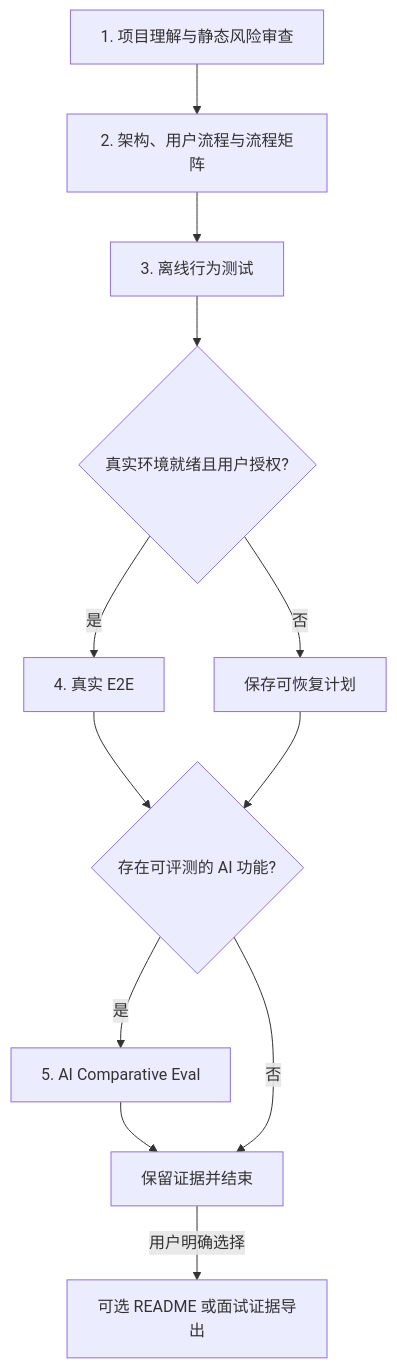
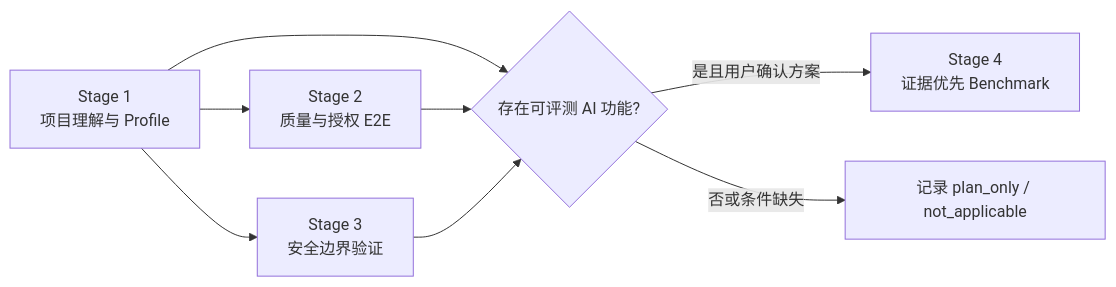
Before and after one commit to Conradgui/project-verifier-skill: the diagram in README.md, drawn with Mermaid. The commit also changed other lines of this file and 50 other files, not shown here.

````diff
--- a/README.md
+++ b/README.md
@@ -9,20 +9,14 @@
 ```mermaid
-flowchart TD
-    P1[1. 项目理解与静态风险审查]
-    P2[2. 架构、用户流程与流程矩阵]
-    P3[3. 离线行为测试]
-    G4{真实环境就绪且用户授权?}
-    P4[4. 真实 E2E]
-    S4[保存可恢复计划]
-    G5{存在可评测的 AI 功能?}
-    P5[5. AI Comparative Eval]
-    END[保留证据并结束]
-    EXPORT[可选 README 或面试证据导出]
-
-    P1 --> P2 --> P3 --> G4
-    G4 -->|是| P4 --> G5
-    G4 -->|否| S4 --> G5
-    G5 -->|是| P5 --> END
-    G5 -->|否| END
-    END -->|用户明确选择| EXPORT
+flowchart LR
+  S1[Stage 1
+项目理解与 Profile] --> S2[Stage 2
+质量与授权 E2E]
+  S1 --> S3[Stage 3
+安全边界验证]
+  S1 --> S4{存在可评测 AI 功能?}
+  S2 --> S4
+  S3 --> S4
+  S4 -->|是且用户确认方案| B[Stage 4
+证据优先 Benchmark]
+  S4 -->|否或条件缺失| P[记录 plan_only / not_applicable]
 ```
````
